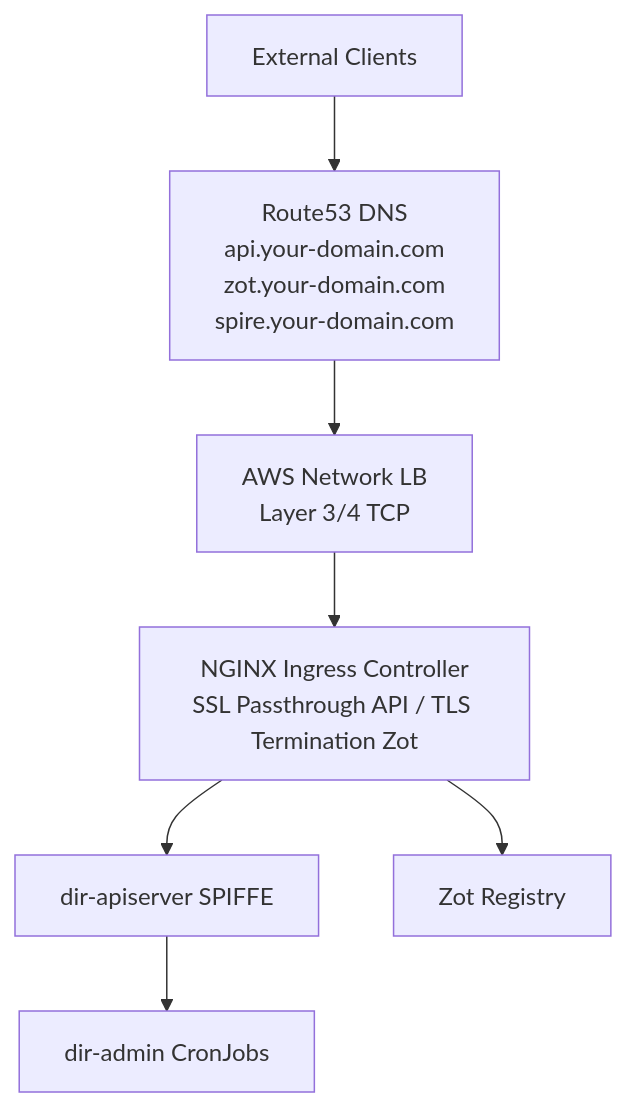
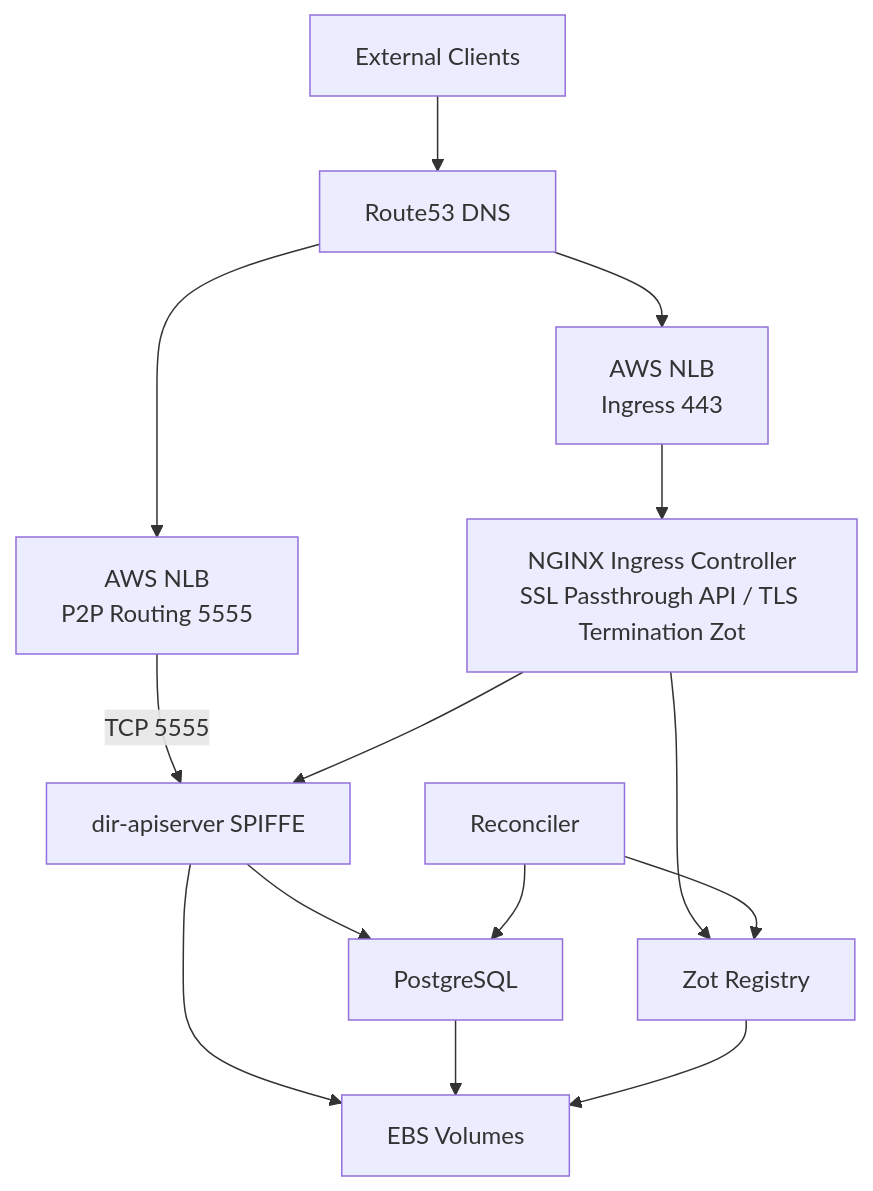
One commit to agntcy/docs changed the diagram in docs/dir/prod-deployment.md. Above: the diagram before and after it, drawn with Mermaid. The commit also changed other lines of this file and 3 other files, not shown here.

````diff
--- a/docs/dir/prod-deployment.md
+++ b/docs/dir/prod-deployment.md
@@ -26,15 +26,25 @@
 ```mermaid
 flowchart TB
   Clients[External Clients]
-  DNS[Route53 DNS<br/>api.your-domain.com<br/>zot.your-domain.com<br/>spire.your-domain.com]
-  LB[AWS Network LB<br/>Layer 3/4 TCP]
+  DNS[Route53 DNS]
+  LB[AWS NLB<br/>Ingress 443]
+  RoutingNLB[AWS NLB<br/>P2P Routing 5555]
   NGINX[NGINX Ingress Controller<br/>SSL Passthrough API / TLS Termination Zot]
   Dir[dir-apiserver SPIFFE]
+  Reconciler[Reconciler]
   Zot[Zot Registry]
-  Admin[dir-admin CronJobs]
+  PG[PostgreSQL]
+  EBS[EBS Volumes]
 
-  Clients --> DNS --> LB --> NGINX
+  Clients --> DNS
+  DNS --> LB --> NGINX
+  DNS --> RoutingNLB -->|TCP 5555| Dir
   NGINX --> Dir
   NGINX --> Zot
-  Dir --> Admin
+  Dir --> PG
+  Dir --> EBS
+  Reconciler --> PG
+  Reconciler --> Zot
+  PG --> EBS
+  Zot --> EBS
 ```
````
